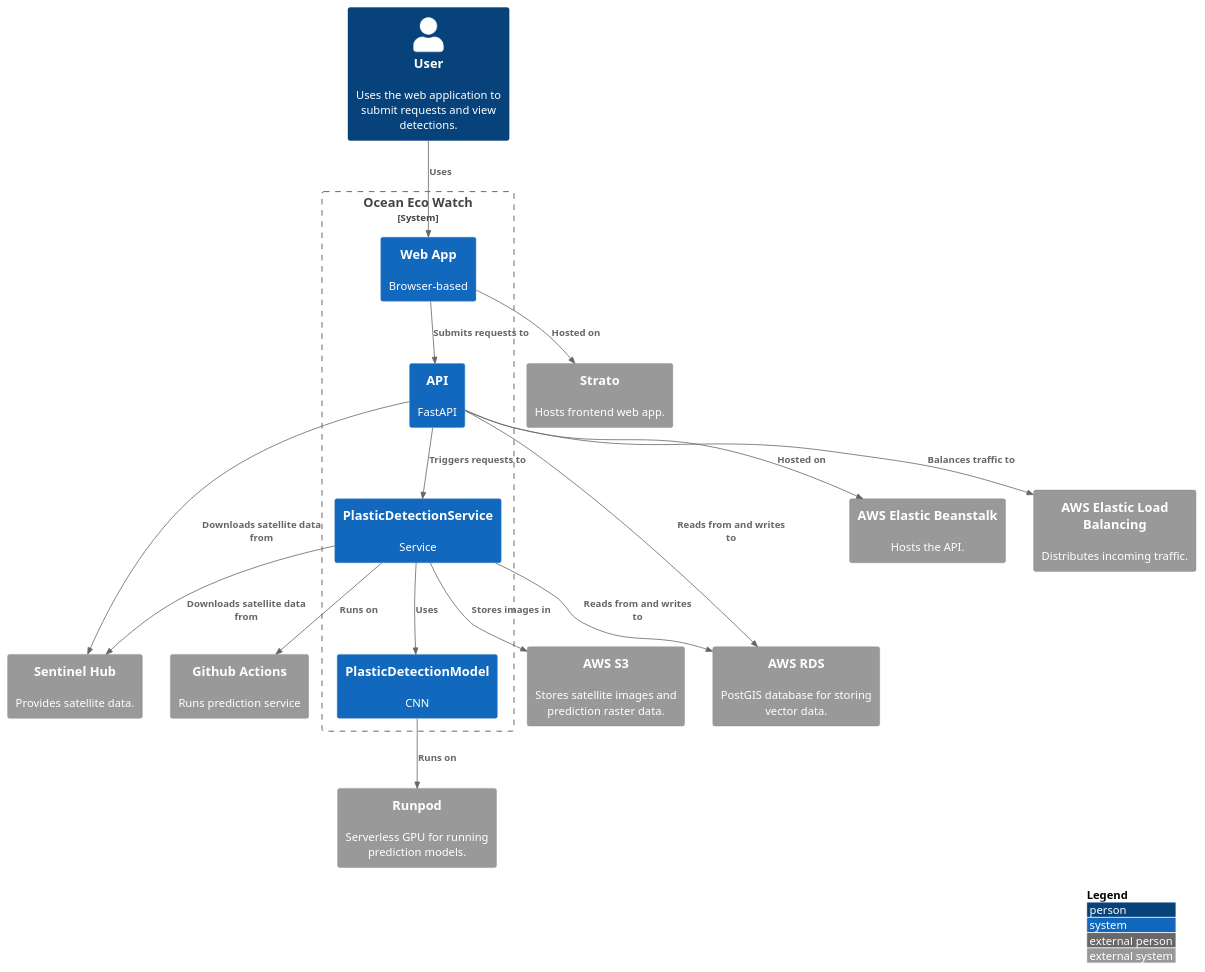
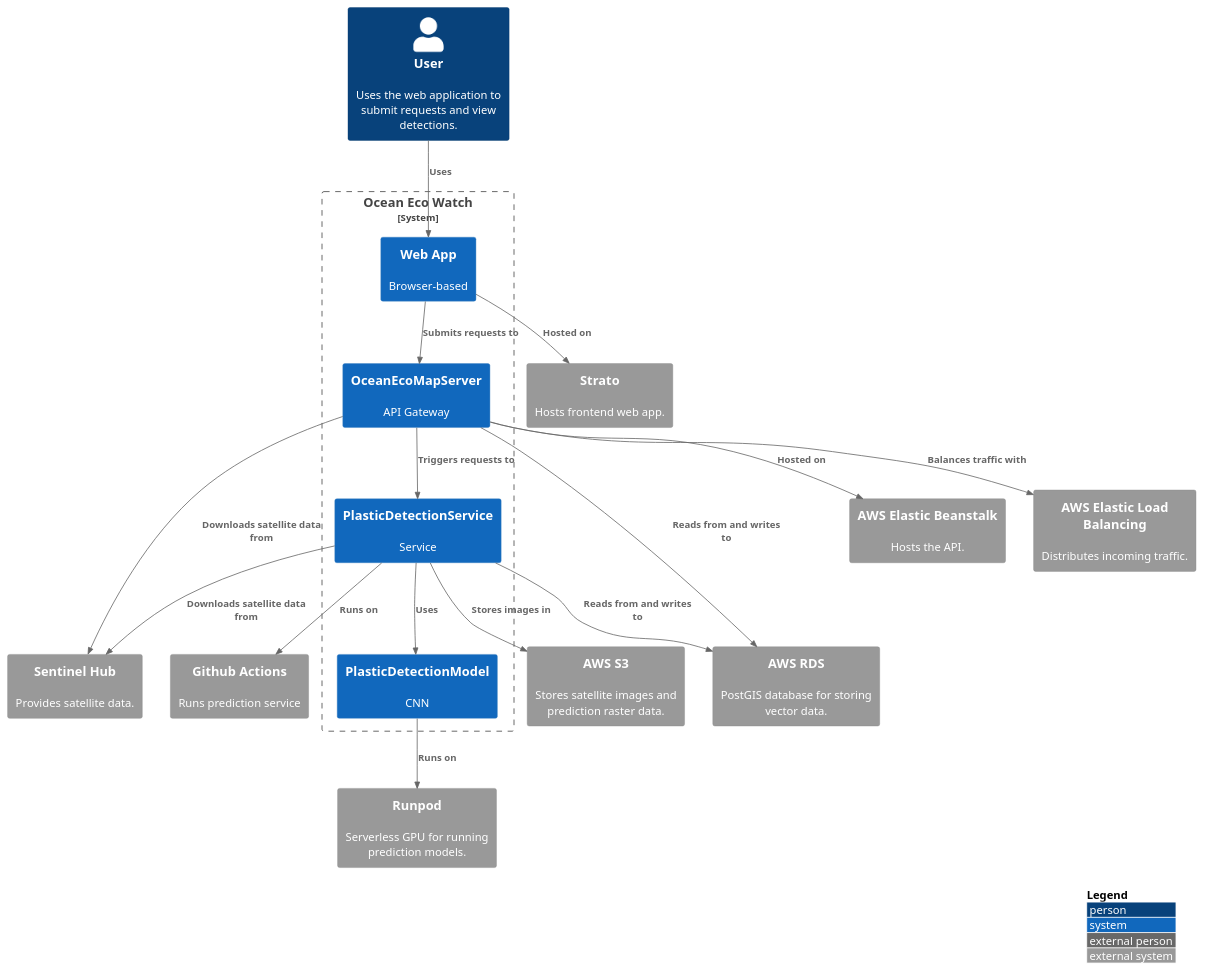
The diagram in docs/diagrams/puml/container_diagram.puml (OceanEcoWatch/PlasticDetectionService), drawn with PlantUML before and after one commit. The commit also changed 1 other file, not shown here.

Commit message:
update diagrams

```diff
--- a/docs/diagrams/puml/container_diagram.puml
+++ b/docs/diagrams/puml/container_diagram.puml
@@ -1,38 +1,38 @@
 @startuml container_diagram
 !include https://raw.githubusercontent.com/plantuml-stdlib/C4-PlantUML/master/C4_Context.puml
 
 LAYOUT_WITH_LEGEND()
 
 Person(user, "User", "Uses the web application to submit requests and view detections.")
 
 System_Boundary(system, "Ocean Eco Watch") {
     System(webApp, "Web App", "Browser-based")
-    System(api, "API", "FastAPI")
+    System(api, "OceanEcoMapServer", "API Gateway")
     System(svc, "PlasticDetectionService", "Service")
     System(model, "PlasticDetectionModel", "CNN")
 }
 
 System_Ext(SentinelHub, "Sentinel Hub", "Provides satellite data.")
 System_Ext(AwsRds, "AWS RDS", "PostGIS database for storing vector data.")
 System_Ext(AwsS3, "AWS S3", "Stores satellite images and prediction raster data.")
 System_Ext(AwsElasticBeanstalk, "AWS Elastic Beanstalk", "Hosts the API.")
 System_Ext(AwsElasticLoadBalancing, "AWS Elastic Load Balancing", "Distributes incoming traffic.")
 System_Ext(Strato, "Strato", "Hosts frontend web app.")
 System_Ext(Runpod, "Runpod", "Serverless GPU for running prediction models.")
 System_Ext(GithubActions, "Github Actions", "Runs prediction service")
 
 Rel(user, webApp, "Uses")
 Rel(webApp, api, "Submits requests to")
 Rel(api, svc, "Triggers requests to")
 Rel(api, SentinelHub, "Downloads satellite data from")
 Rel(svc, AwsRds, "Reads from and writes to")
 Rel(svc, model, "Uses")
 Rel(svc, AwsS3, "Stores images in")
 Rel_R(api, AwsRds, "Reads from and writes to")
 Rel(svc, SentinelHub, "Downloads satellite data from")
 Rel(model, Runpod, "Runs on")
 Rel(webApp, Strato, "Hosted on")
 Rel(api, AwsElasticBeanstalk, "Hosted on")
-Rel(api, AwsElasticLoadBalancing, "Balances traffic to")
+Rel(api, AwsElasticLoadBalancing, "Balances traffic with")
 Rel(svc, GithubActions, "Runs on")
 @enduml
```
